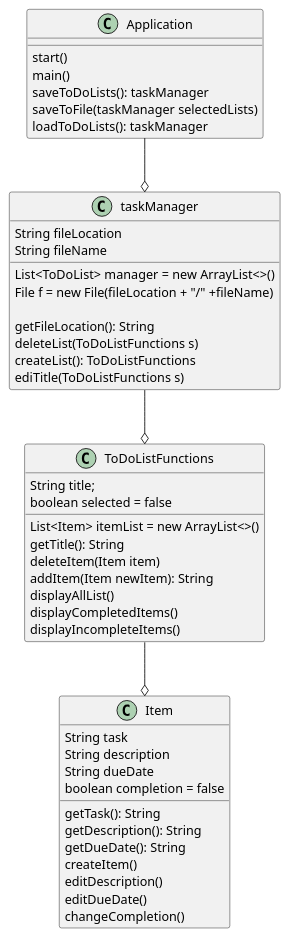
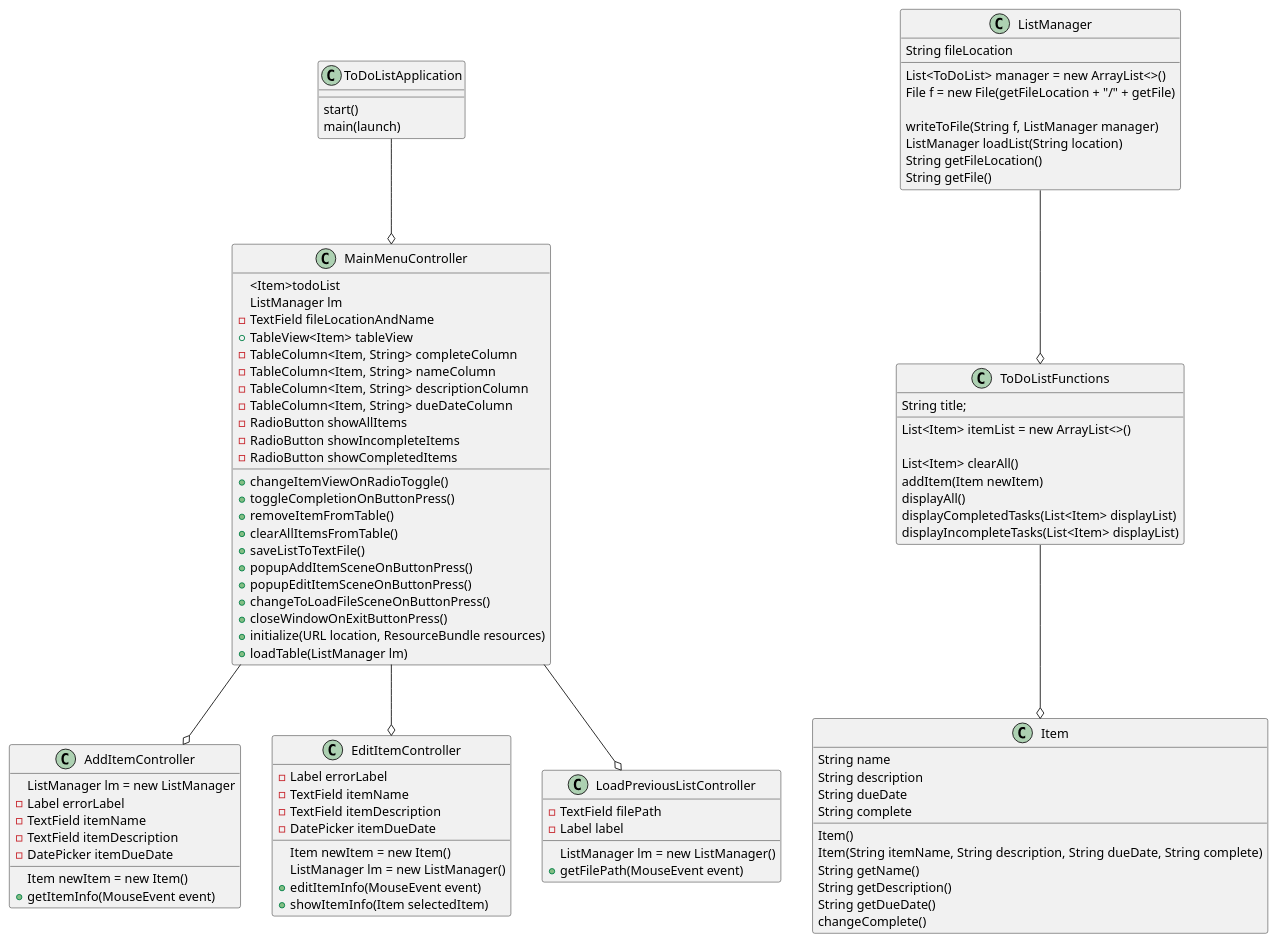
The diagram in docs/ApplicationUML.puml (WhorTez/Ortiz-app1-impl), drawn with PlantUML before and after one commit.

Commit message:
Brand spanking new UML diagram

```diff
--- a/docs/ApplicationUML.puml
+++ b/docs/ApplicationUML.puml
@@ -1,54 +1,107 @@
 @startuml
-class Application {
+class ToDoListApplication {
     start()
-    main()
-    saveToDoLists(): taskManager
-    saveToFile(taskManager selectedLists)
-    loadToDoLists(): taskManager
+    main(launch)
 }
 
-class taskManager {
+class ListManager {
     List<ToDoList> manager = new ArrayList<>()
     String fileLocation
-    String fileName
-    File f = new File(fileLocation + "/" +fileName)
+    File f = new File(getFileLocation + "/" + getFile)
 
-    getFileLocation(): String
-    deleteList(ToDoListFunctions s)
-    createList(): ToDoListFunctions
-    ediTitle(ToDoListFunctions s)
+    writeToFile(String f, ListManager manager)
+    ListManager loadList(String location)
+    String getFileLocation()
+    String getFile()
 }
 
 class ToDoListFunctions {
 String title;
     List<Item> itemList = new ArrayList<>()
-    boolean selected = false
 
-    getTitle(): String
-    deleteItem(Item item)
-    addItem(Item newItem): String
-    displayAllList()
-    displayCompletedItems()
-    displayIncompleteItems()
+   List<Item> clearAll()
+    addItem(Item newItem)
+    displayAll()
+    displayCompletedTasks(List<Item> displayList)
+    displayIncompleteTasks(List<Item> displayList)
 }
 
 class Item {
-    String task
+    String name
     String description
     String dueDate
-    boolean completion = false
+    String complete
 
-    getTask(): String
-    getDescription(): String
-    getDueDate(): String
-    createItem()
-    editDescription()
-    editDueDate()
-    changeCompletion()
+    Item()
+    Item(String itemName, String description, String dueDate, String complete)
+    String getName()
+    String getDescription()
+    String getDueDate()
+    changeComplete()
+}
+ToDoListApplication --o MainMenuController
+ListManager --o ToDoListFunctions
+ToDoListFunctions --o Item
+
+class MainMenuController{
+    <Item>todoList
+    ListManager lm
+    -TextField fileLocationAndName
+    +TableView<Item> tableView
+    -TableColumn<Item, String> completeColumn
+    -TableColumn<Item, String> nameColumn
+    -TableColumn<Item, String> descriptionColumn
+    -TableColumn<Item, String> dueDateColumn
+    -RadioButton showAllItems
+    -RadioButton showIncompleteItems
+    -RadioButton showCompletedItems
+
+     +changeItemViewOnRadioToggle()
+     +toggleCompletionOnButtonPress()
+     +removeItemFromTable()
+     +clearAllItemsFromTable()
+     +saveListToTextFile()
+     +popupAddItemSceneOnButtonPress()
+     +popupEditItemSceneOnButtonPress()
+     +changeToLoadFileSceneOnButtonPress()
+     +closeWindowOnExitButtonPress()
+     +initialize(URL location, ResourceBundle resources)
+     +loadTable(ListManager lm)
 }
 
-Application --o taskManager
-taskManager --o ToDoListFunctions
-ToDoListFunctions --o Item
+class AddItemController{
+    ListManager lm = new ListManager
+    Item newItem = new Item()
+    -Label errorLabel
+    -TextField itemName
+    -TextField itemDescription
+    -DatePicker itemDueDate
+
+    +getItemInfo(MouseEvent event)
+}
+
+class EditItemController{
+    Item newItem = new Item()
+    ListManager lm = new ListManager()
+    -Label errorLabel
+    -TextField itemName
+    -TextField itemDescription
+    -DatePicker itemDueDate
+
+    +editItemInfo(MouseEvent event)
+    +showItemInfo(Item selectedItem)
+}
+
+class LoadPreviousListController{
+    ListManager lm = new ListManager()
+    -TextField filePath
+    -Label label
+
+    +getFilePath(MouseEvent event)
+}
+
+MainMenuController --o LoadPreviousListController
+MainMenuController --o AddItemController
+MainMenuController --o EditItemController
 
 @enduml
```
